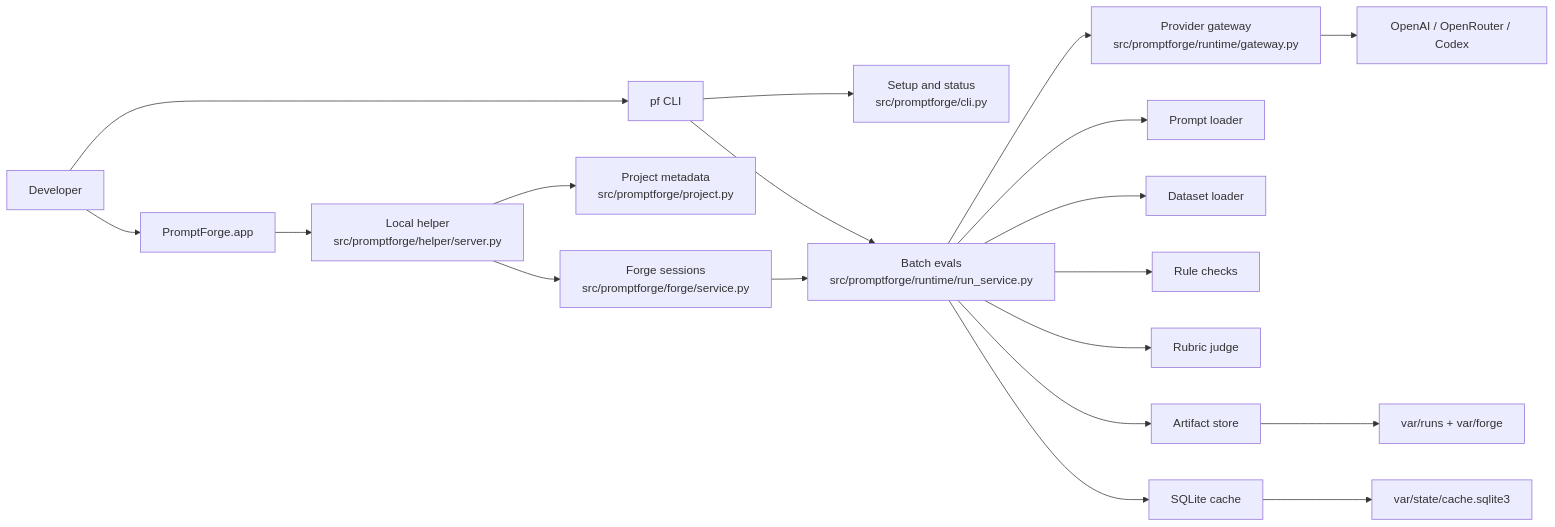
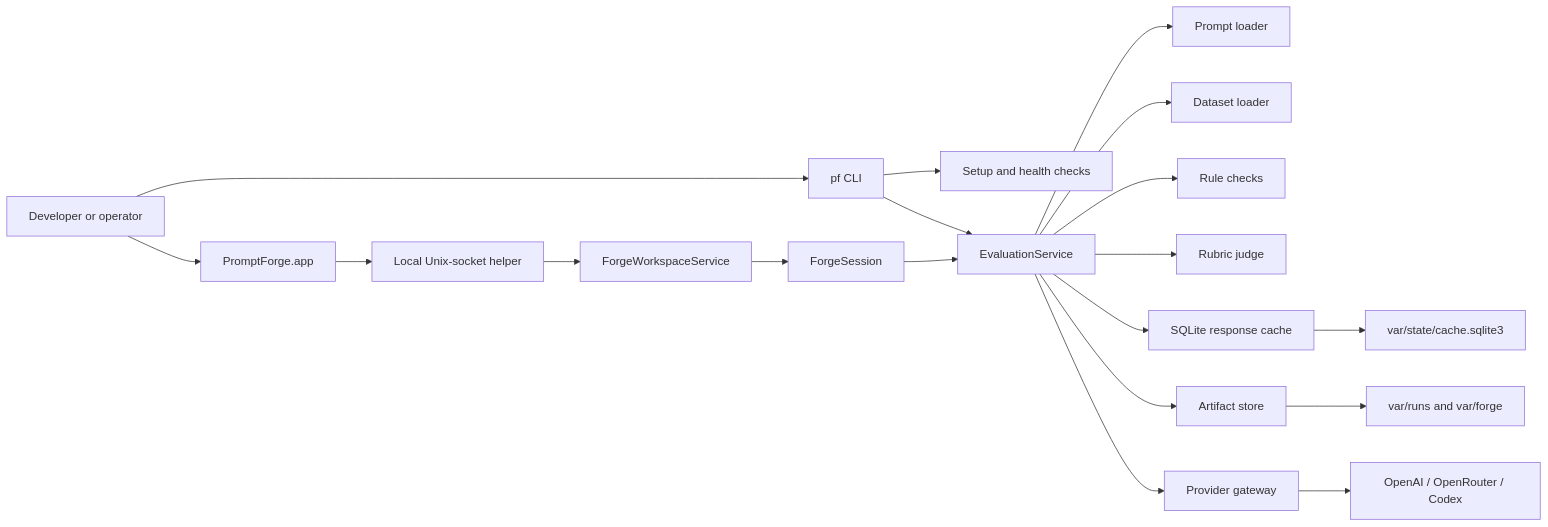
One commit to MikesHorcrux/PromptForge changed the first of 4 diagrams in docs/architecture.md. Above: the diagram before and after it, drawn with Mermaid. The commit also changed other lines of this file and 18 other files, not shown here.

Commit message:
Overhaul PromptForge documentation set

````diff
--- a/docs/architecture.md
+++ b/docs/architecture.md
@@ -29,21 +14,25 @@
 ```mermaid
 flowchart LR
-  User["Developer"] --> CLI["pf CLI"]
+  User["Developer or operator"] --> CLI["pf CLI"]
   User --> App["PromptForge.app"]
-  CLI --> Setup["Setup and status<br/>src/promptforge/cli.py"]
-  CLI --> Batch["Batch evals<br/>src/promptforge/runtime/run_service.py"]
-  App --> Helper["Local helper<br/>src/promptforge/helper/server.py"]
-  Helper --> Project["Project metadata<br/>src/promptforge/project.py"]
-  Helper --> Forge["Forge sessions<br/>src/promptforge/forge/service.py"]
-  Forge --> Batch
-  Batch --> Gateway["Provider gateway<br/>src/promptforge/runtime/gateway.py"]
-  Batch --> Prompts["Prompt loader"]
-  Batch --> Datasets["Dataset loader"]
-  Batch --> Rules["Rule checks"]
-  Batch --> Judge["Rubric judge"]
-  Batch --> Artifacts["Artifact store"]
-  Batch --> Cache["SQLite cache"]
+
+  CLI --> Setup["Setup and health checks"]
+  CLI --> Eval["EvaluationService"]
+
+  App --> Helper["Local Unix-socket helper"]
+  Helper --> Workspace["ForgeWorkspaceService"]
+  Workspace --> Forge["ForgeSession"]
+  Forge --> Eval
+
+  Eval --> Prompts["Prompt loader"]
+  Eval --> Datasets["Dataset loader"]
+  Eval --> Rules["Rule checks"]
+  Eval --> Judge["Rubric judge"]
+  Eval --> Cache["SQLite response cache"]
+  Eval --> Artifacts["Artifact store"]
+  Eval --> Gateway["Provider gateway"]
+
   Gateway --> Providers["OpenAI / OpenRouter / Codex"]
-  Artifacts --> RunDir["var/runs + var/forge"]
+  Artifacts --> RunData["var/runs and var/forge"]
   Cache --> CacheDb["var/state/cache.sqlite3"]
 ```
````
